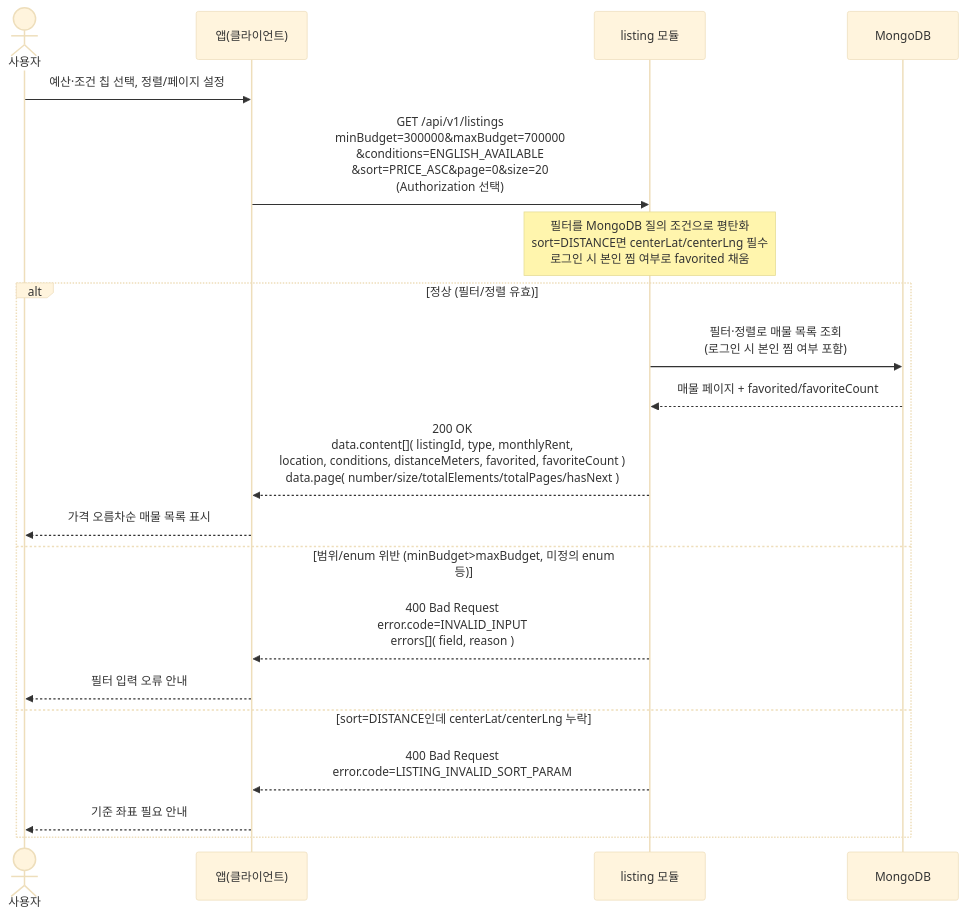
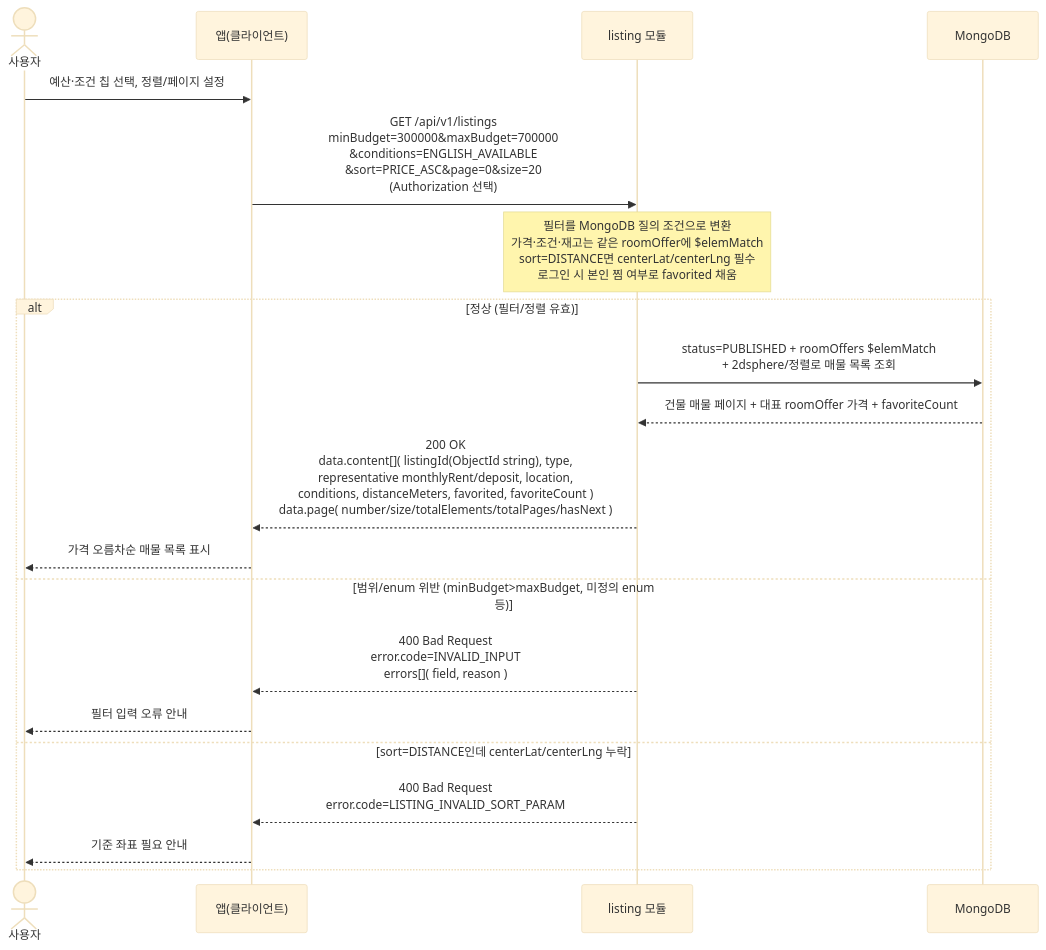
Before and after one commit to jameskim9509/Kohere-backend: the diagram in docs/architecture/sequence-diagrams/03-listings-favorites/us-3-1-listing-list-explore.md, drawn with Mermaid (base theme). The commit also changed other lines of this file and 51 other files, not shown here.

````diff
--- a/docs/architecture/sequence-diagrams/03-listings-favorites/us-3-1-listing-list-explore.md
+++ b/docs/architecture/sequence-diagrams/03-listings-favorites/us-3-1-listing-list-explore.md
@@ -5,23 +5,23 @@
 ```mermaid
 sequenceDiagram
     actor U as 사용자
     participant C as 앱(클라이언트)
     participant LIST as listing 모듈
     participant DB as MongoDB
 
     U->>C: 예산·조건 칩 선택, 정렬/페이지 설정
     C->>LIST: GET /api/v1/listings<br/>minBudget=300000&maxBudget=700000<br/>&conditions=ENGLISH_AVAILABLE<br/>&sort=PRICE_ASC&page=0&size=20<br/>(Authorization 선택)
-    Note over LIST: 필터를 MongoDB 질의 조건으로 평탄화<br/>sort=DISTANCE면 centerLat/centerLng 필수<br/>로그인 시 본인 찜 여부로 favorited 채움
+    Note over LIST: 필터를 MongoDB 질의 조건으로 변환<br/>가격·조건·재고는 같은 roomOffer에 $elemMatch<br/>sort=DISTANCE면 centerLat/centerLng 필수<br/>로그인 시 본인 찜 여부로 favorited 채움
     alt 정상 (필터/정렬 유효)
-        LIST->>DB: 필터·정렬로 매물 목록 조회<br/>(로그인 시 본인 찜 여부 포함)
-        DB-->>LIST: 매물 페이지 + favorited/favoriteCount
-        LIST-->>C: 200 OK<br/>data.content[]( listingId, type, monthlyRent,<br/>location, conditions, distanceMeters, favorited, favoriteCount )<br/>data.page( number/size/totalElements/totalPages/hasNext )
+        LIST->>DB: status=PUBLISHED + roomOffers $elemMatch<br/>+ 2dsphere/정렬로 매물 목록 조회
+        DB-->>LIST: 건물 매물 페이지 + 대표 roomOffer 가격 + favoriteCount
+        LIST-->>C: 200 OK<br/>data.content[]( listingId(ObjectId string), type,<br/>representative monthlyRent/deposit, location,<br/>conditions, distanceMeters, favorited, favoriteCount )<br/>data.page( number/size/totalElements/totalPages/hasNext )
         C-->>U: 가격 오름차순 매물 목록 표시
     else 범위/enum 위반 (minBudget>maxBudget, 미정의 enum 등)
         LIST-->>C: 400 Bad Request<br/>error.code=INVALID_INPUT<br/>errors[]( field, reason )
         C-->>U: 필터 입력 오류 안내
     else sort=DISTANCE인데 centerLat/centerLng 누락
         LIST-->>C: 400 Bad Request<br/>error.code=LISTING_INVALID_SORT_PARAM
         C-->>U: 기준 좌표 필요 안내
     end
 ```
````
